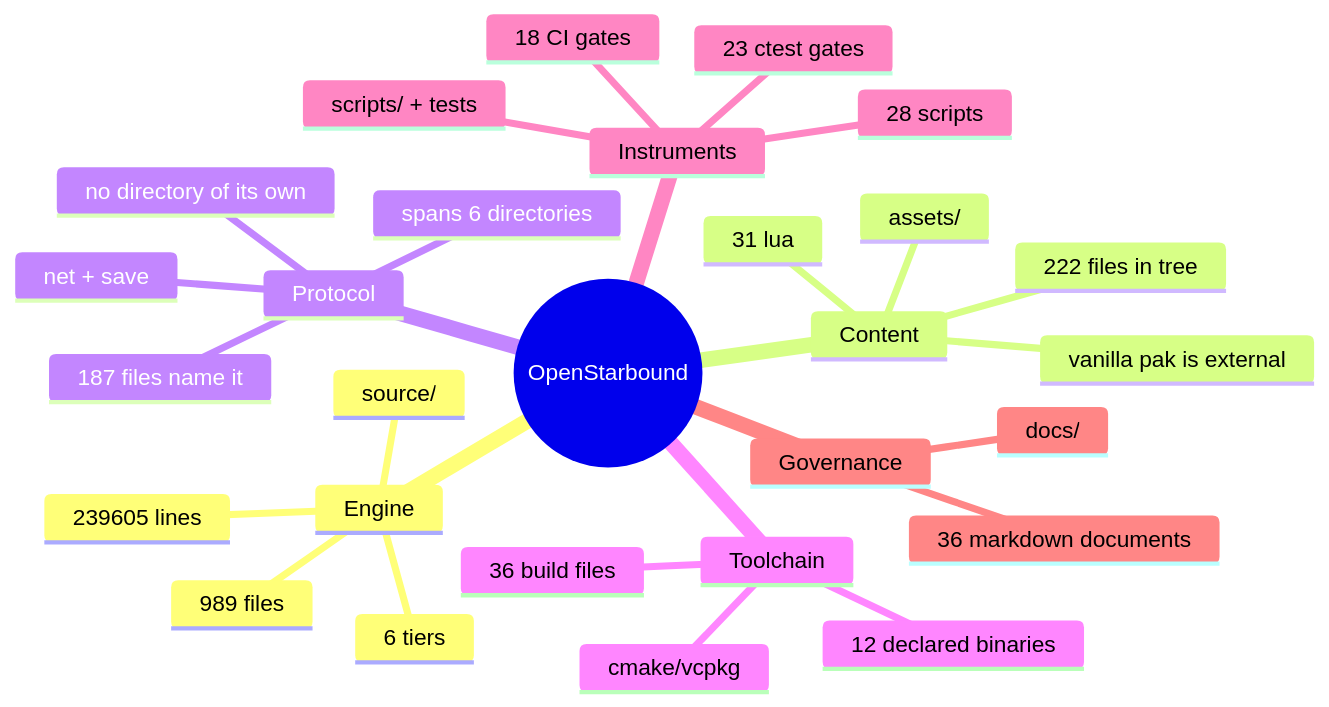
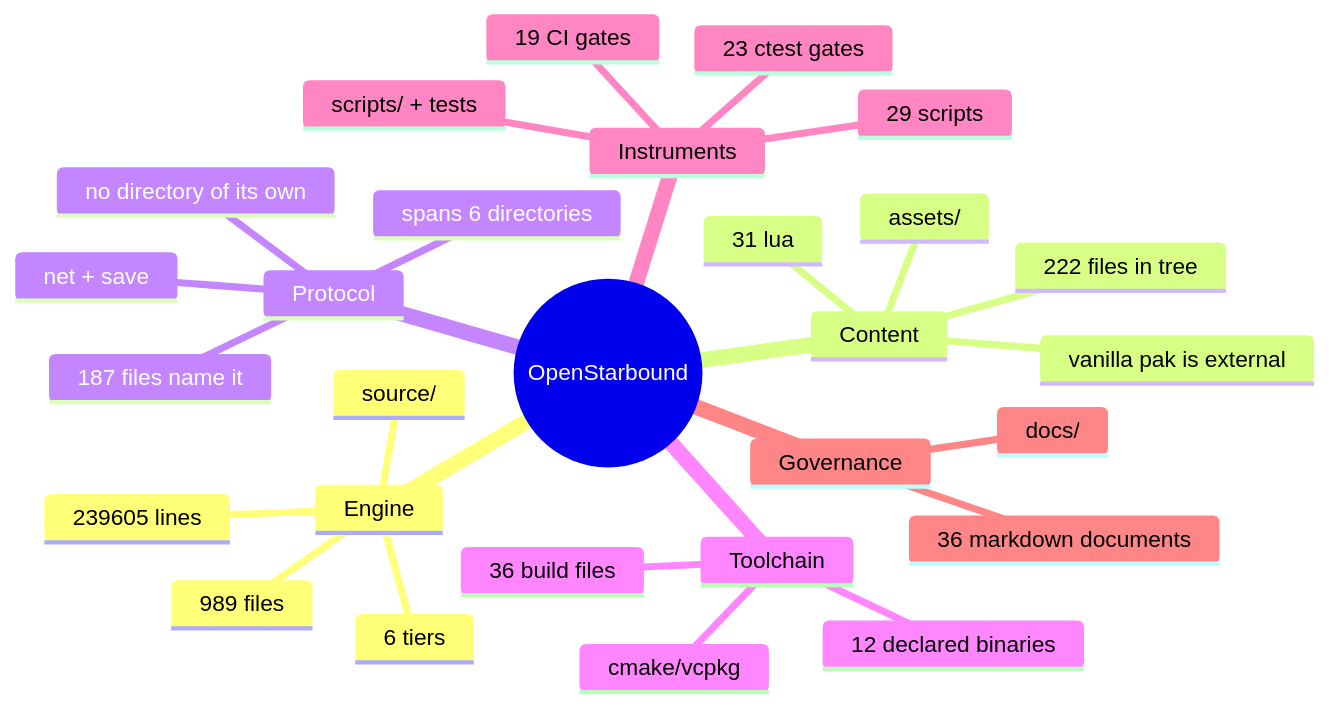
Before and after one commit to apnex/OpenStarbound: the second of 11 diagrams in docs/architecture/system-boundaries.md, drawn with Mermaid. The commit also changed 4 other files, not shown here.

````diff
--- a/docs/architecture/system-boundaries.md
+++ b/docs/architecture/system-boundaries.md
@@ -166,31 +166,31 @@
 ```mermaid
 mindmap
   root((OpenStarbound))
     Engine
       source/
       989 files
       239605 lines
       6 tiers
     Content
       assets/
       222 files in tree
       31 lua
       vanilla pak is external
     Protocol
       net + save
       187 files name it
       spans 6 directories
       no directory of its own
     Toolchain
       cmake/vcpkg
       36 build files
       12 declared binaries
     Instruments
       scripts/ + tests
-      28 scripts
+      29 scripts
       23 ctest gates
-      18 CI gates
+      19 CI gates
     Governance
       docs/
       36 markdown documents
 ```
````
